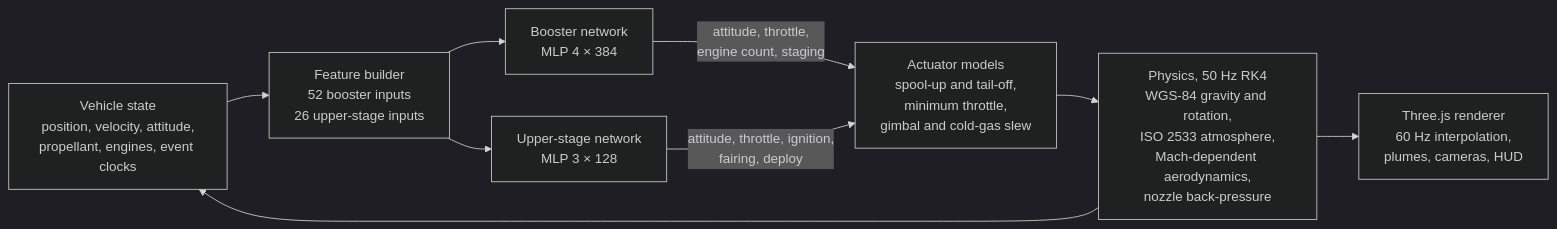
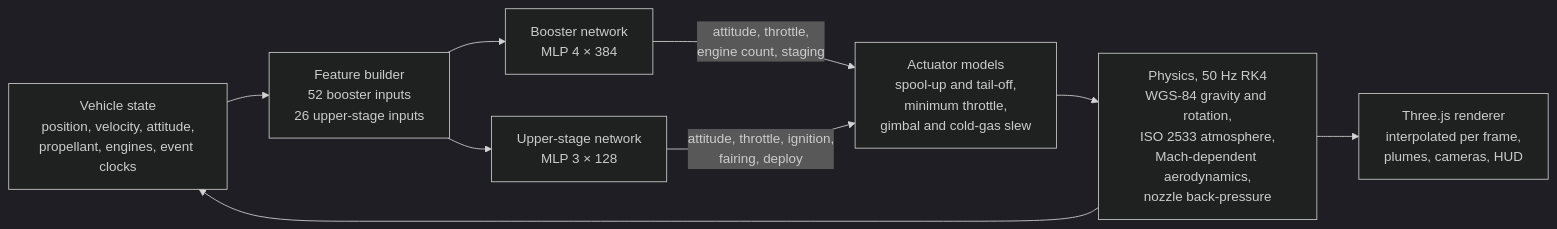
The second of 3 diagrams in README.md (ishtiaq-ahmed-dev/rocket-mission-lab), drawn with Mermaid (dark theme) before and after one commit. The commit also changed other lines of this file, not shown here.

````diff
--- a/README.md
+++ b/README.md
@@ -82,11 +89,11 @@
 ```mermaid
 flowchart LR
     S["Vehicle state<br/>position, velocity, attitude,<br/>propellant, engines, event clocks"] --> F["Feature builder<br/>52 booster inputs<br/>26 upper-stage inputs"]
     F --> NB["Booster network<br/>MLP 4 × 384"]
     F --> NU["Upper-stage network<br/>MLP 3 × 128"]
     NB -- "attitude, throttle,<br/>engine count, staging" --> A["Actuator models<br/>spool-up and tail-off,<br/>minimum throttle,<br/>gimbal and cold-gas slew"]
     NU -- "attitude, throttle, ignition,<br/>fairing, deploy" --> A
     A --> P["Physics, 50 Hz RK4<br/>WGS-84 gravity and rotation,<br/>ISO 2533 atmosphere,<br/>Mach-dependent aerodynamics,<br/>nozzle back-pressure"]
     P --> S
-    P --> R["Three.js renderer<br/>60 Hz interpolation,<br/>plumes, cameras, HUD"]
+    P --> R["Three.js renderer<br/>interpolated per frame,<br/>plumes, cameras, HUD"]
 ```
````
